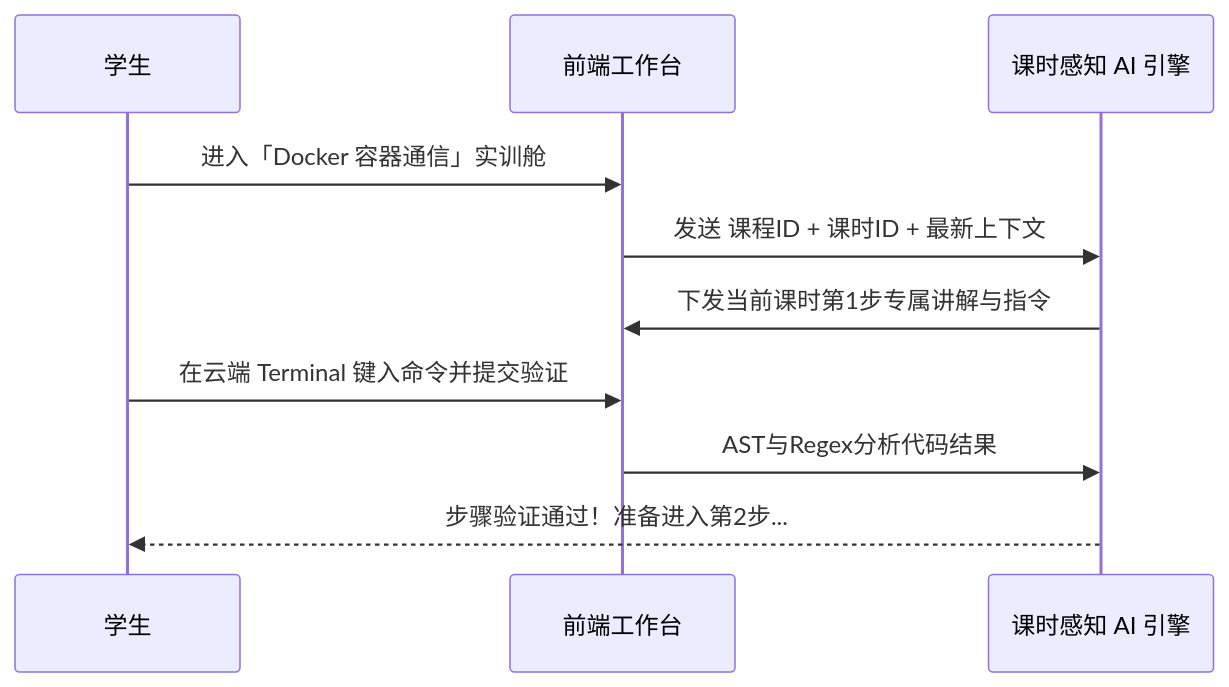
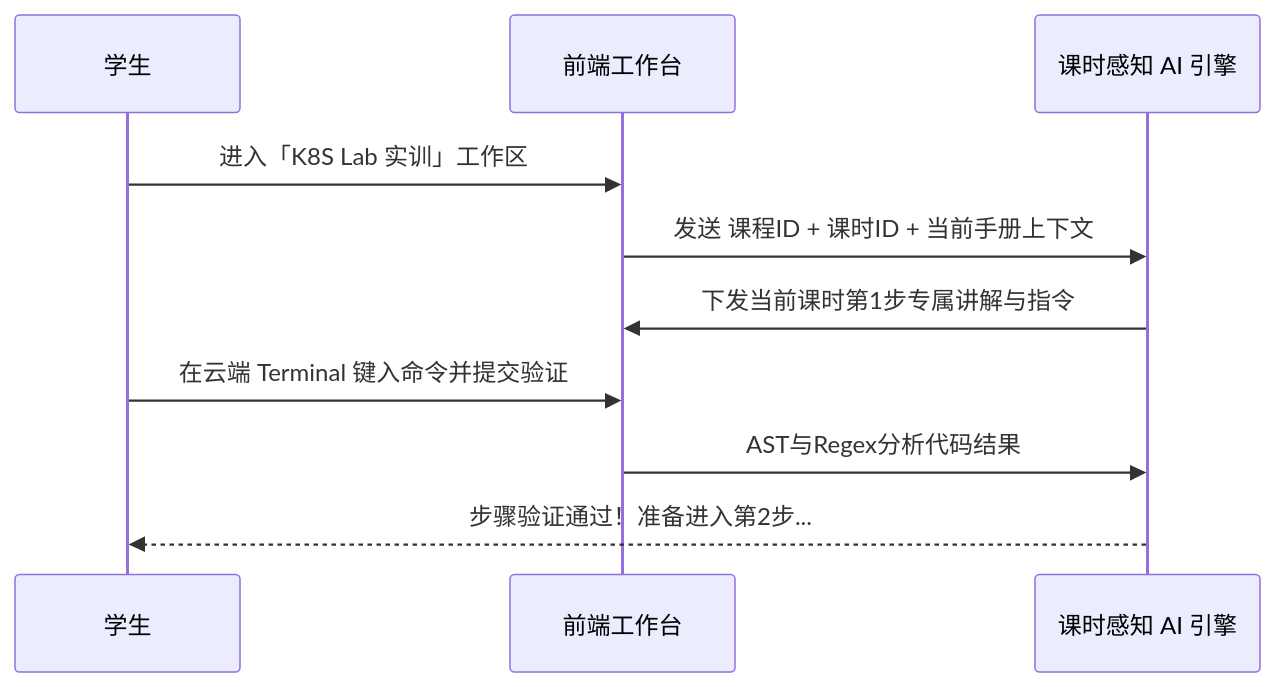
One commit to sospink/ai-edu-agent changed the second of 2 diagrams in EDU_Frontend/src/docs/architecture/智能体实训交互设计.md. Above: the diagram before and after it, drawn with Mermaid. The commit also changed other lines of this file and 147 other files, not shown here.

````diff
--- a/EDU_Frontend/src/docs/architecture/智能体实训交互设计.md
+++ b/EDU_Frontend/src/docs/architecture/智能体实训交互设计.md
@@ -62,13 +62,13 @@
 ```mermaid
 sequenceDiagram
     participant S as 学生
     participant FE as 前端工作台
     participant AI as 课时感知 AI 引擎
 
-    S->>FE: 进入「Docker 容器通信」实训舱
-    FE->>AI: 发送 课程ID + 课时ID + 最新上下文
+    S->>FE: 进入「K8S Lab 实训」工作区
+    FE->>AI: 发送 课程ID + 课时ID + 当前手册上下文
     AI->>FE: 下发当前课时第1步专属讲解与指令
     S->>FE: 在云端 Terminal 键入命令并提交验证
     FE->>AI: AST与Regex分析代码结果
     AI-->>S: 步骤验证通过！准备进入第2步...
 ```
````
